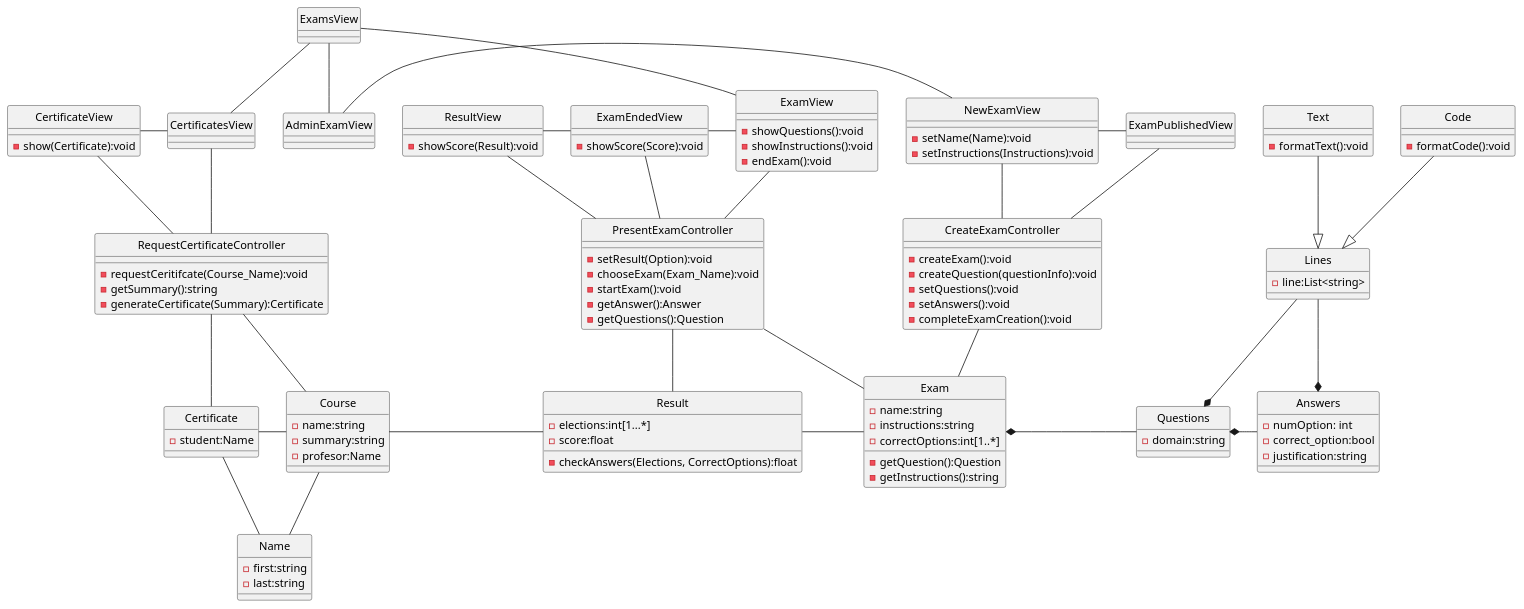
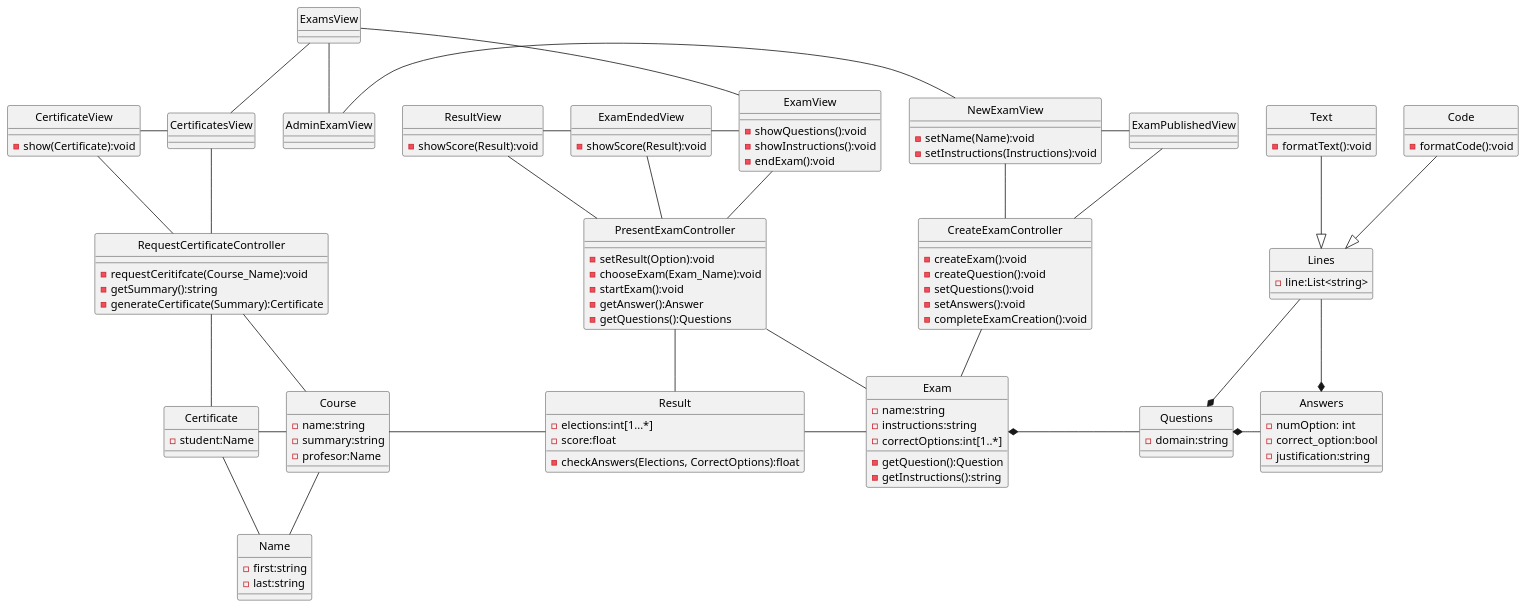
The diagram in docs/logicalView/desingView/classDesign/Design-ClassDiagram.plantuml (TheSProyect/Proyecto-IS-Grupo-1), drawn with PlantUML before and after one commit.

Commit message:
Cambios en el diagrama de diseño

```diff
--- a/docs/logicalView/desingView/classDesign/Design-ClassDiagram.plantuml
+++ b/docs/logicalView/desingView/classDesign/Design-ClassDiagram.plantuml
@@ -1,152 +1,152 @@
 @startuml Design-ClassDiagram
 skinparam style strictuml
 
 class ExamsView {
 }
 class ExamView {
 __
 -showQuestions():void
 -showInstructions():void
 -endExam():void
 }
 class ExamEndedView{
 __
--showScore(Score):void
+-showScore(Result):void
 }
 class CertificatesView
 class CertificateView{
 -show(Certificate):void
 }
 class ResultView{
 __
 -showScore(Result):void
 }
 
 class NewExamView {
 -setName(Name):void
 -setInstructions(Instructions):void
 }
 
 class ExamPublishedView
 class AdminExamView
 
 class CreateExamController{
 __
 -createExam():void
--createQuestion(questionInfo):void
+-createQuestion():void
 -setQuestions():void
 -setAnswers():void
 -completeExamCreation():void
 }
 
 class PresentExamController {
 __
 -setResult(Option):void
 -chooseExam(Exam_Name):void
 -startExam():void
 -getAnswer():Answer
--getQuestions():Question
+-getQuestions():Questions
 }
 
 class RequestCertificateController {
 __
 -requestCeritifcate(Course_Name):void
 -getSummary():string
 -generateCertificate(Summary):Certificate
 }
 
 class Questions{
 -domain:string
 }
 class Answers {
 -numOption: int
 -correct_option:bool
 -justification:string
 }
 class Exam {
 -name:string
 -instructions:string
 -correctOptions:int[1..*]
 __
 -getQuestion():Question
 -getInstructions():string
 }
 class Result {
 -elections:int[1...*]
 -score:float
 __
 -checkAnswers(Elections, CorrectOptions):float
 }
 
 class Certificate {
 -student:Name
 }
 
 class Name {
     -first:string
     -last:string
 }
 
 class Course{
 -name:string
 -summary:string
 -profesor:Name
 }
 
 class Lines {
     -line:List<string>
 }
 
 class Text {
     -formatText():void
 }
 
 class Code {
     -formatCode():void
 }
 
 CreateExamController -u- NewExamView
 CreateExamController -u- ExamPublishedView
 
 RequestCertificateController -u- CertificatesView
 RequestCertificateController -u- CertificateView
 
 PresentExamController -u- ExamView
 PresentExamController -u- ResultView
 PresentExamController -u- ExamEndedView
 
 CreateExamController -- Exam
 PresentExamController -- Exam
 PresentExamController -- Result
 
 RequestCertificateController -- Certificate
 
 RequestCertificateController -- Course
 
 
 ExamsView -- AdminExamView
 ExamsView -- CertificatesView
 ExamsView -- ExamView
 NewExamView -r- ExamPublishedView
 AdminExamView -r- NewExamView
 
 ExamEndedView -l- ResultView
 ExamView -l- ExamEndedView
 
 CertificatesView -l- CertificateView
 
 Questions *-r- Answers
 Exam *-r- Questions
 
 Lines <|-u- Code
 Lines <|-u- Text
 
 Lines --* Answers
 Lines --* Questions
 
 Exam -l- Result
 Result -l- Course
 Course -l- Certificate
 Name -u- Certificate
 Name -u- Course
 @enduml
```
